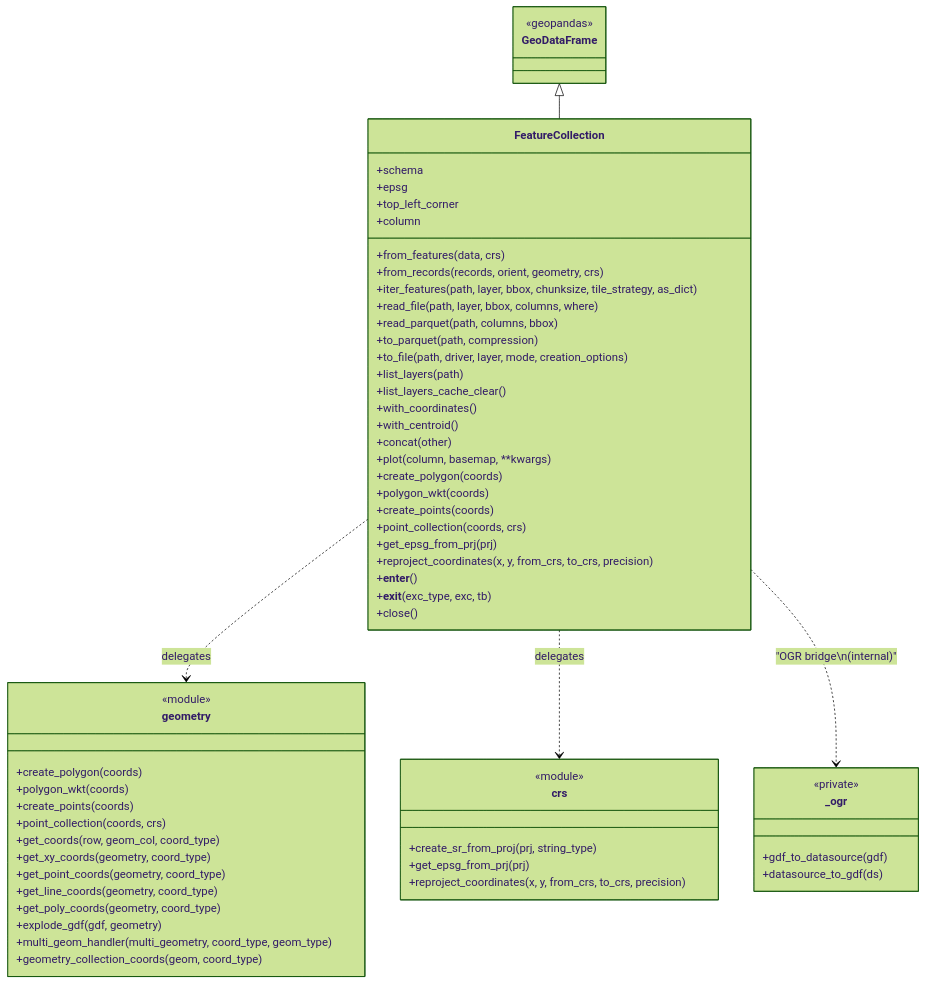
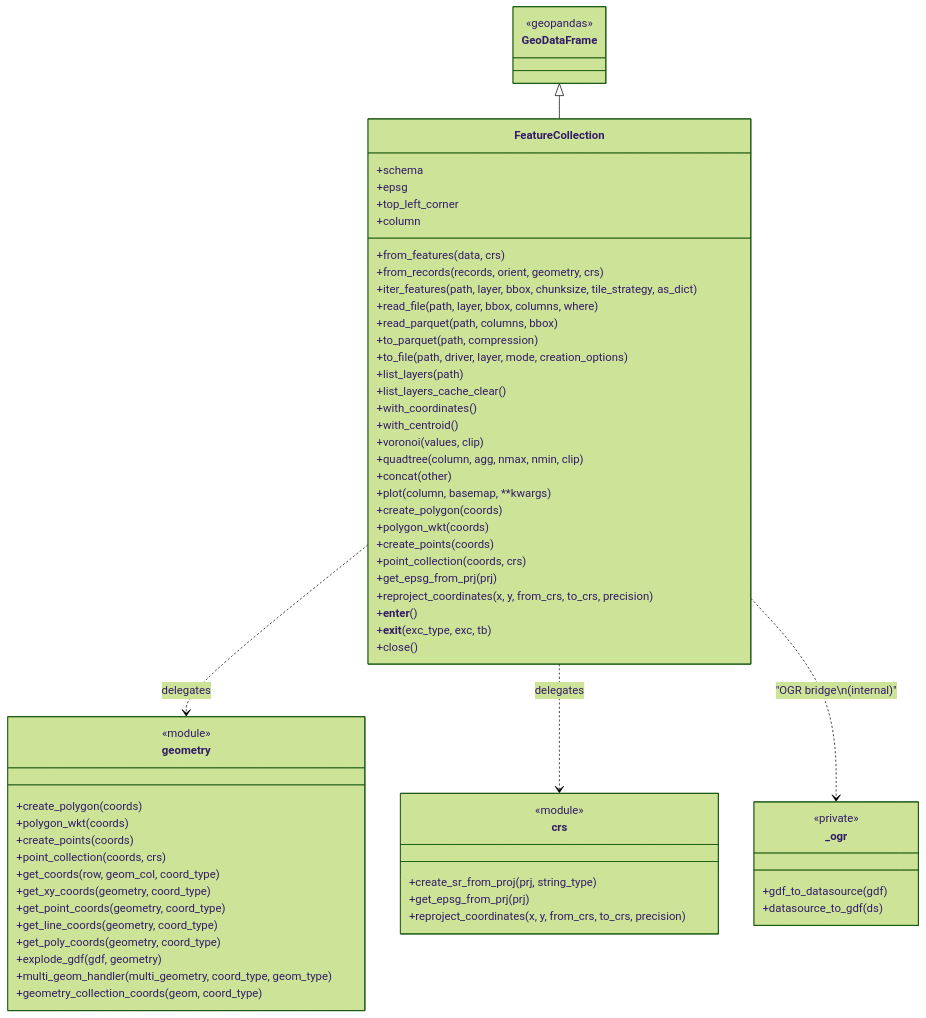
Before and after one commit to serapeum-org/pyramids: the diagram in docs/reference/feature/index.md, drawn with Mermaid (forest theme). The commit also changed other lines of this file and 5 other files, not shown here.

First line of the commit message:
feat(feature): add voronoi and quadtree tessellation ops to FeatureCollection (#562)

````diff
--- a/docs/reference/feature/index.md
+++ b/docs/reference/feature/index.md
@@ -10,69 +10,71 @@
 ```mermaid
 classDiagram
     class GeoDataFrame {
         <<geopandas>>
     }
 
     class FeatureCollection {
         +from_features(data, crs)
         +from_records(records, orient, geometry, crs)
         +iter_features(path, layer, bbox, chunksize, tile_strategy, as_dict)
         +read_file(path, layer, bbox, columns, where)
         +read_parquet(path, columns, bbox)
         +to_parquet(path, compression)
         +to_file(path, driver, layer, mode, creation_options)
         +list_layers(path)
         +list_layers_cache_clear()
         +schema
         +epsg
         +top_left_corner
         +column
         +with_coordinates()
         +with_centroid()
+        +voronoi(values, clip)
+        +quadtree(column, agg, nmax, nmin, clip)
         +concat(other)
         +plot(column, basemap, **kwargs)
         +create_polygon(coords)
         +polygon_wkt(coords)
         +create_points(coords)
         +point_collection(coords, crs)
         +get_epsg_from_prj(prj)
         +reproject_coordinates(x, y, from_crs, to_crs, precision)
         +__enter__()
         +__exit__(exc_type, exc, tb)
         +close()
     }
 
     class geometry {
         <<module>>
         +create_polygon(coords)
         +polygon_wkt(coords)
         +create_points(coords)
         +point_collection(coords, crs)
         +get_coords(row, geom_col, coord_type)
         +get_xy_coords(geometry, coord_type)
         +get_point_coords(geometry, coord_type)
         +get_line_coords(geometry, coord_type)
         +get_poly_coords(geometry, coord_type)
         +explode_gdf(gdf, geometry)
         +multi_geom_handler(multi_geometry, coord_type, geom_type)
         +geometry_collection_coords(geom, coord_type)
     }
 
     class crs {
         <<module>>
         +create_sr_from_proj(prj, string_type)
         +get_epsg_from_prj(prj)
         +reproject_coordinates(x, y, from_crs, to_crs, precision)
     }
 
     class _ogr {
         <<private>>
         +gdf_to_datasource(gdf)
         +datasource_to_gdf(ds)
     }
 
     GeoDataFrame <|-- FeatureCollection
     FeatureCollection ..> geometry : delegates
     FeatureCollection ..> crs : delegates
     FeatureCollection ..> _ogr : "OGR bridge\n(internal)"
 ```
````
